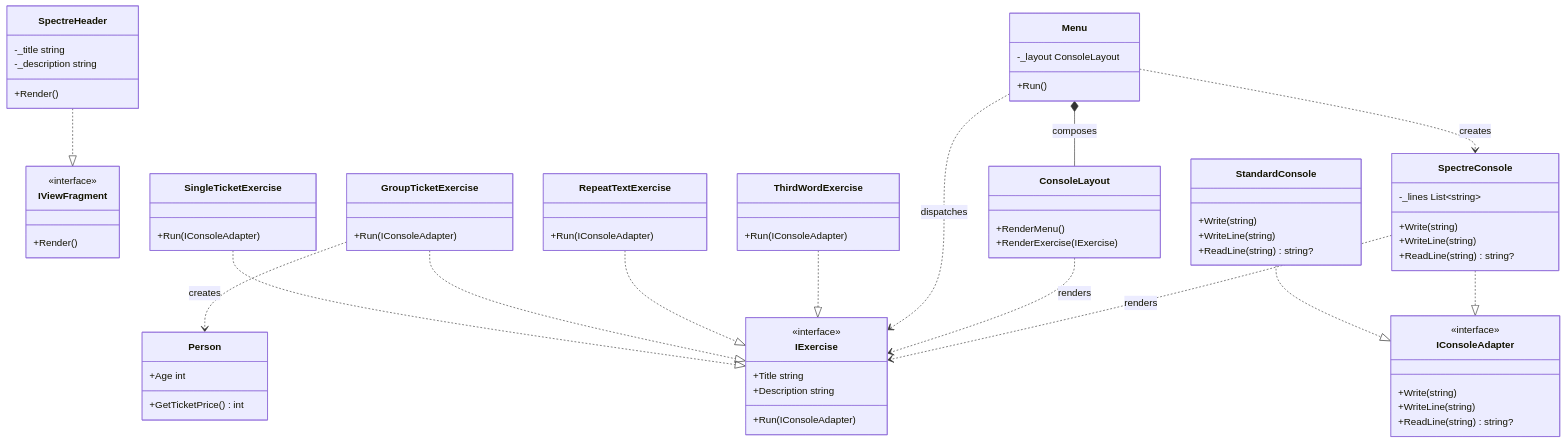
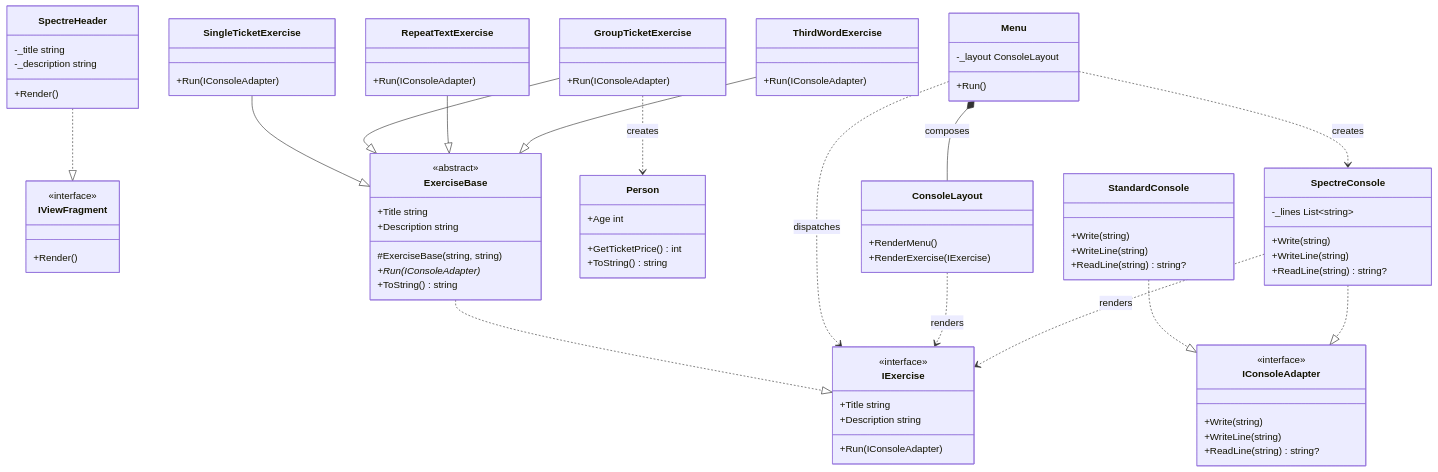
Before and after one commit to laszloprekop/Ovn2_FlowControl: the diagram in README.md, drawn with Mermaid.

Commit message:
docs: update class diagram

```diff
--- a/README.md
+++ b/README.md
@@ -36,6 +36,14 @@
         +Render()
     }
 
+    class ExerciseBase {
+        <<abstract>>
+        +Title string
+        +Description string
+        #ExerciseBase(string, string)
+        +Run(IConsoleAdapter)*
+        +ToString() string
+    }
     class SingleTicketExercise {
         +Run(IConsoleAdapter)
     }
@@ -51,6 +59,7 @@
     class Person {
         +Age int
         +GetTicketPrice() int
+        +ToString() string
     }
 
     class StandardConsole {
@@ -79,10 +88,11 @@
         +Run()
     }
 
-    SingleTicketExercise ..|> IExercise
-    GroupTicketExercise ..|> IExercise
-    RepeatTextExercise ..|> IExercise
-    ThirdWordExercise ..|> IExercise
+    ExerciseBase ..|> IExercise
+    SingleTicketExercise --|> ExerciseBase
+    GroupTicketExercise --|> ExerciseBase
+    RepeatTextExercise --|> ExerciseBase
+    ThirdWordExercise --|> ExerciseBase
     StandardConsole ..|> IConsoleAdapter
     SpectreConsole ..|> IConsoleAdapter
     SpectreHeader ..|> IViewFragment
```
